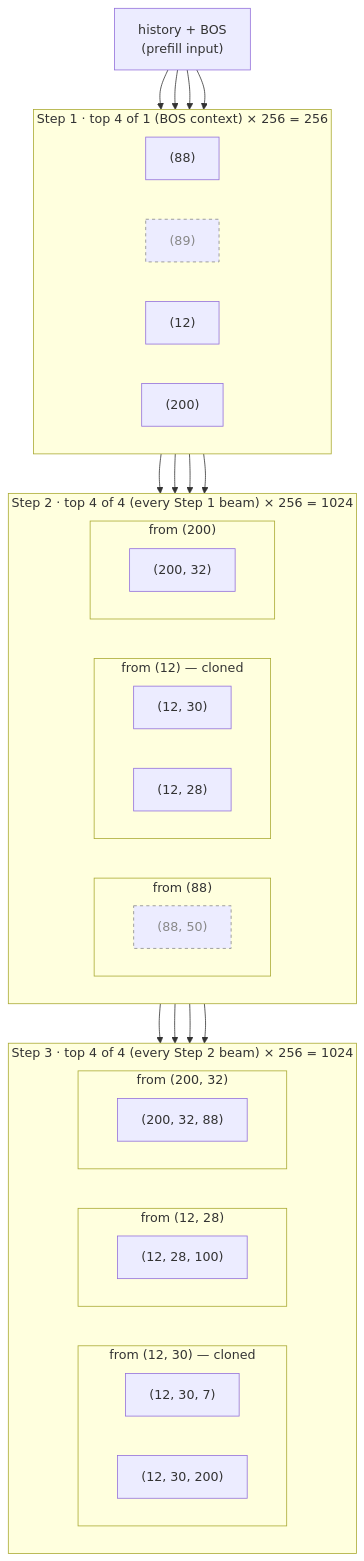
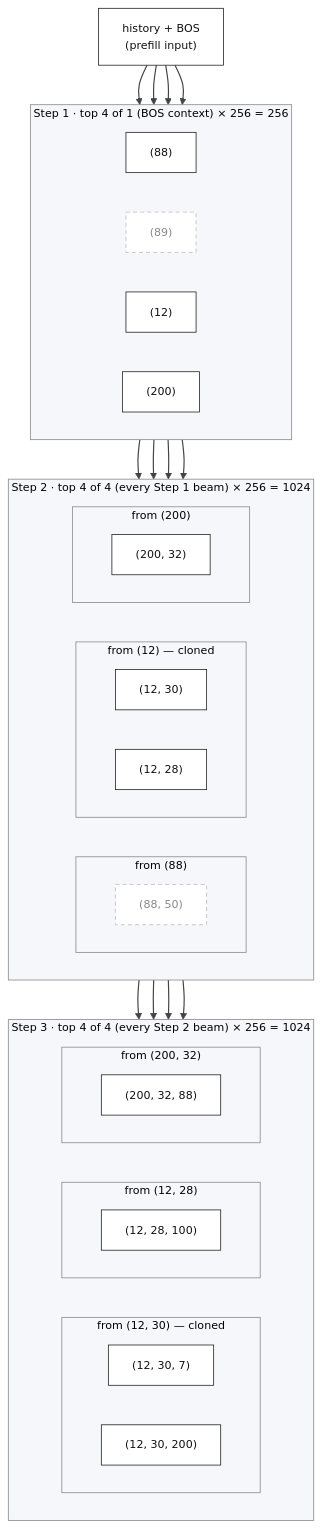
Before and after one commit to z52527/recsys-examples: the first of 3 diagrams in examples/sid_gr/README.md, drawn with Mermaid.

Commit message:
docs(sid_gr): override mermaid theme to drop the default purple tint
GitHub's mermaid base theme renders nodes with a #ECECFF (light
purple) fill, #9999CC border, and 1 px edges — looks washed out.
Inject a theme override at the top of the block:
  - white node fill, dark gray border
  - subgraph clusters get a subtle gray-blue background
  - edges go to 1.5 px in a darker gray (linkStyle default)
  - pruned style lightened slightly to read as "ghost", not "broken"

No structural change to the diagram itself.

````diff
--- a/examples/sid_gr/README.md
+++ b/examples/sid_gr/README.md
@@ -88,63 +88,77 @@
 ```mermaid
+%%{init: {
+  'theme': 'base',
+  'themeVariables': {
+    'primaryColor': '#ffffff',
+    'primaryBorderColor': '#222222',
+    'primaryTextColor': '#111111',
+    'lineColor': '#555555',
+    'fontSize': '14px',
+    'clusterBkg': '#f5f7fa',
+    'clusterBorder': '#888888'
+  }
+}}%%
 graph TD
     BOS["history + BOS<br/>(prefill input)"]
 
     subgraph step1["Step 1 · top 4 of 1 (BOS context) × 256 = 256"]
         direction LR
         S88["(88)"]
         S89["(89)"]:::pruned
         S12["(12)"]
         S200["(200)"]
     end
 
     subgraph step2["Step 2 · top 4 of 4 (every Step 1 beam) × 256 = 1024"]
         direction LR
         subgraph p88["from (88)"]
             direction LR
             S88_50["(88, 50)"]:::pruned
         end
         subgraph p12["from (12) — cloned"]
             direction LR
             S12_30["(12, 30)"]
             S12_28["(12, 28)"]
         end
         subgraph p200["from (200)"]
             direction LR
             S200_32["(200, 32)"]
         end
     end
 
     subgraph step3["Step 3 · top 4 of 4 (every Step 2 beam) × 256 = 1024"]
         direction LR
         subgraph p1230["from (12, 30) — cloned"]
             direction LR
             S12_30_7["(12, 30, 7)"]
             S12_30_200["(12, 30, 200)"]
         end
         subgraph p1228["from (12, 28)"]
             direction LR
             S12_28_100["(12, 28, 100)"]
         end
         subgraph p20032["from (200, 32)"]
             direction LR
             S200_32_88["(200, 32, 88)"]
         end
     end
 
     BOS --> S88
     BOS --> S89
     BOS --> S12
     BOS --> S200
 
     S88 --> S88_50
     S12 --> S12_30
     S12 --> S12_28
     S200 --> S200_32
 
     S12_30 --> S12_30_7
     S12_30 --> S12_30_200
     S12_28 --> S12_28_100
     S200_32 --> S200_32_88
 
-    classDef pruned stroke:#888,stroke-dasharray:4 4,color:#888;
+    classDef pruned stroke:#bbb,stroke-dasharray:5 4,color:#888;
+
+    linkStyle default stroke:#444,stroke-width:1.5px;
 ```
````
